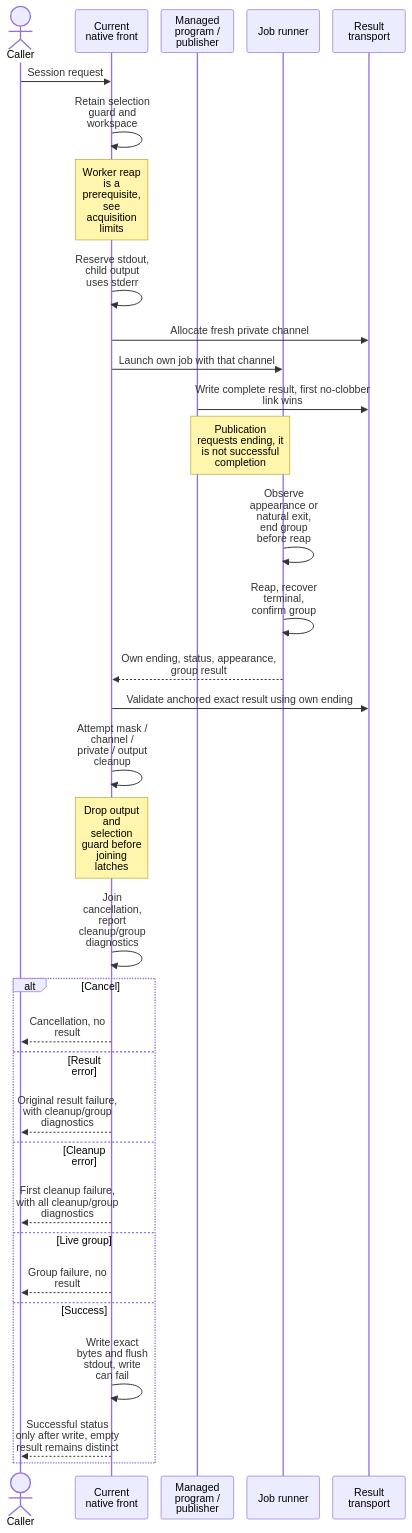
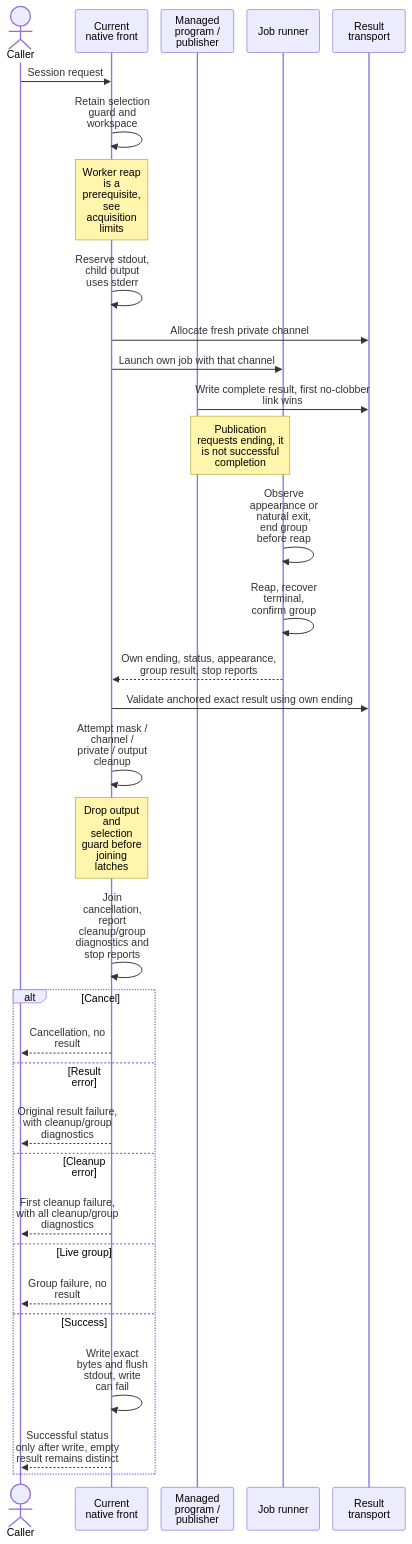
One commit to Linkuistics/Ravel changed the diagram in docs/design/result-job/settlement.mmd. Above: the diagram before and after it, drawn with Mermaid. The commit also changed 658 other files, not shown here.

```diff
--- a/docs/design/result-job/settlement.mmd
+++ b/docs/design/result-job/settlement.mmd
@@ -1,41 +1,41 @@
 ---
 config:
   sequence:
     actorMargin: 20
     width: 110
     diagramMarginX: 20
     wrap: true
 ---
 sequenceDiagram
   actor Caller as Caller
   participant Owner as Current native front
   participant Pub as Managed program / publisher
   participant Runner as Job runner
   participant Transport as Result transport
   Caller->>Owner: Session request
   Owner->>Owner: Retain selection guard and workspace
   Note over Owner: Worker reap is a prerequisite, see acquisition limits
   Owner->>Owner: Reserve stdout, child output uses stderr
   Owner->>Transport: Allocate fresh private channel
   Owner->>Runner: Launch own job with that channel
   Pub->>Transport: Write complete result, first no-clobber link wins
   Note over Pub,Runner: Publication requests ending, it is not successful completion
   Runner->>Runner: Observe appearance or natural exit, end group before reap
   Runner->>Runner: Reap, recover terminal, confirm group
-  Runner-->>Owner: Own ending, status, appearance, group result
+  Runner-->>Owner: Own ending, status, appearance, group result, stop reports
   Owner->>Transport: Validate anchored exact result using own ending
   Owner->>Owner: Attempt mask / channel / private / output cleanup
   Note over Owner: Drop output and selection guard before joining latches
-  Owner->>Owner: Join cancellation, report cleanup/group diagnostics
+  Owner->>Owner: Join cancellation, report cleanup/group diagnostics and stop reports
   alt Cancel
     Owner-->>Caller: Cancellation, no result
   else Result error
     Owner-->>Caller: Original result failure, with cleanup/group diagnostics
   else Cleanup error
     Owner-->>Caller: First cleanup failure, with all cleanup/group diagnostics
   else Live group
     Owner-->>Caller: Group failure, no result
   else Success
     Owner->>Owner: Write exact bytes and flush stdout, write can fail
     Owner-->>Caller: Successful status only after write, empty result remains distinct
   end
```
